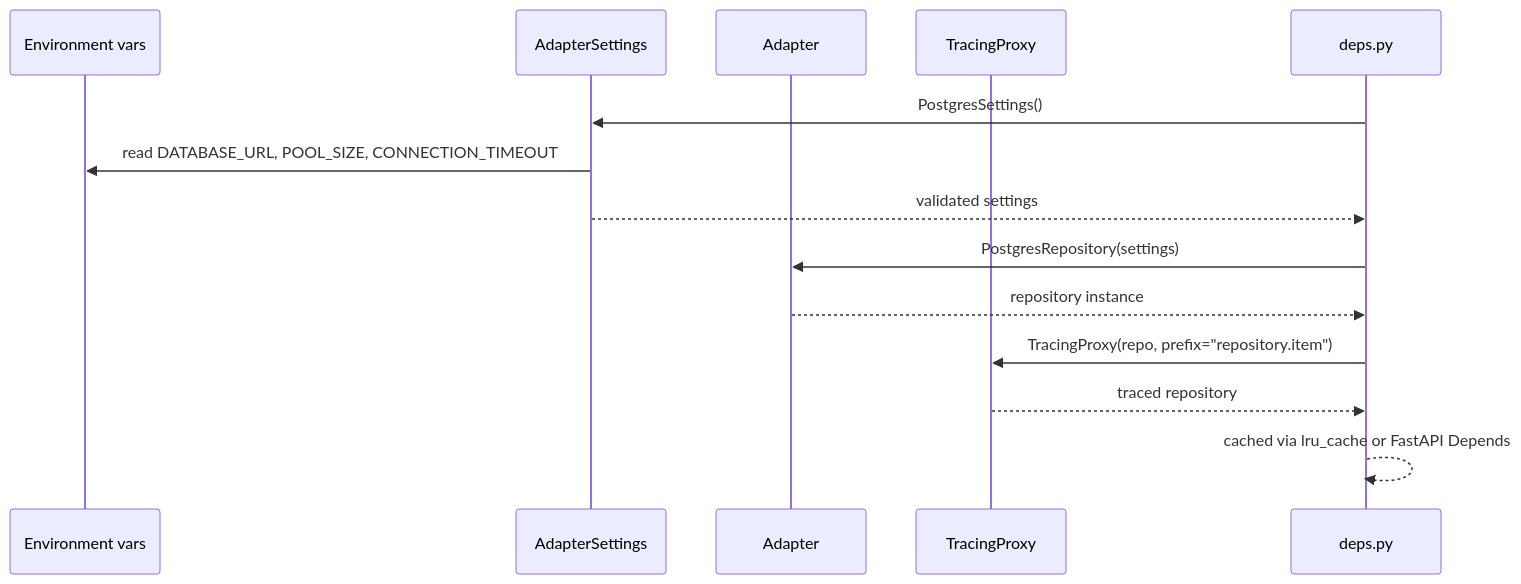
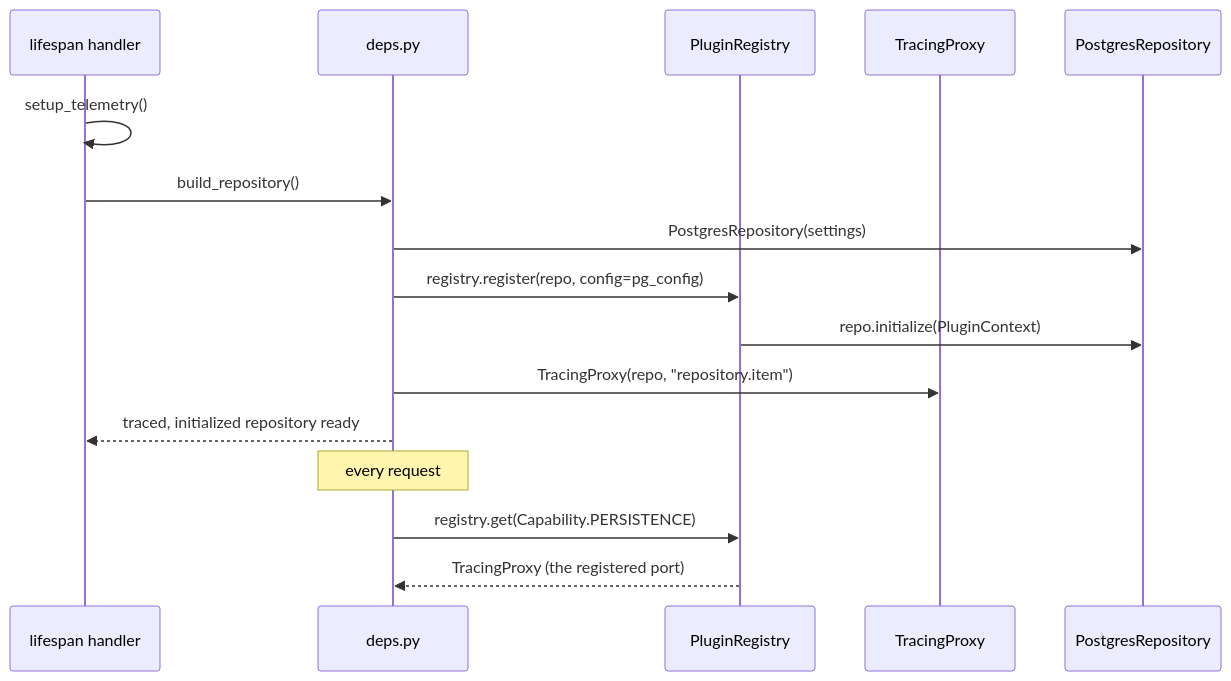
The diagram in docs/technical/architecture/package-journey/template-wiring.md (Furious-Meteors/openframe-core), drawn with Mermaid before and after one commit. The commit also changed other lines of this file and 94 other files, not shown here.

````diff
--- a/docs/technical/architecture/package-journey/template-wiring.md
+++ b/docs/technical/architecture/package-journey/template-wiring.md
@@ -9,17 +9,20 @@
 ```mermaid
 sequenceDiagram
-    participant E as Environment vars
-    participant S as AdapterSettings
-    participant A as Adapter
+    participant L as lifespan handler
+    participant D as deps.py
+    participant Reg as PluginRegistry
     participant TP as TracingProxy
-    participant D as deps.py
+    participant R as PostgresRepository
 
-    D->>S: PostgresSettings()
-    S->>E: read DATABASE_URL, POOL_SIZE, CONNECTION_TIMEOUT
-    S-->>D: validated settings
-    D->>A: PostgresRepository(settings)
-    A-->>D: repository instance
-    D->>TP: TracingProxy(repo, prefix="repository.item")
-    TP-->>D: traced repository
-    D-->>D: cached via lru_cache or FastAPI Depends
+    L->>L: setup_telemetry()
+    L->>D: build_repository()
+    D->>R: PostgresRepository(settings)
+    D->>Reg: registry.register(repo, config=pg_config)
+    Reg->>R: repo.initialize(PluginContext)
+    D->>TP: TracingProxy(repo, "repository.item")
+    D-->>L: traced, initialized repository ready
+
+    Note over D: every request
+    D->>Reg: registry.get(Capability.PERSISTENCE)
+    Reg-->>D: TracingProxy (the registered port)
 ```
````
